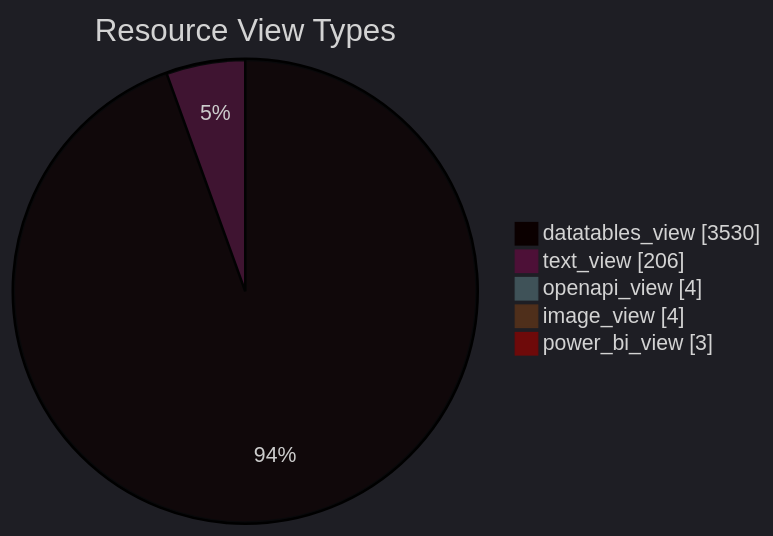
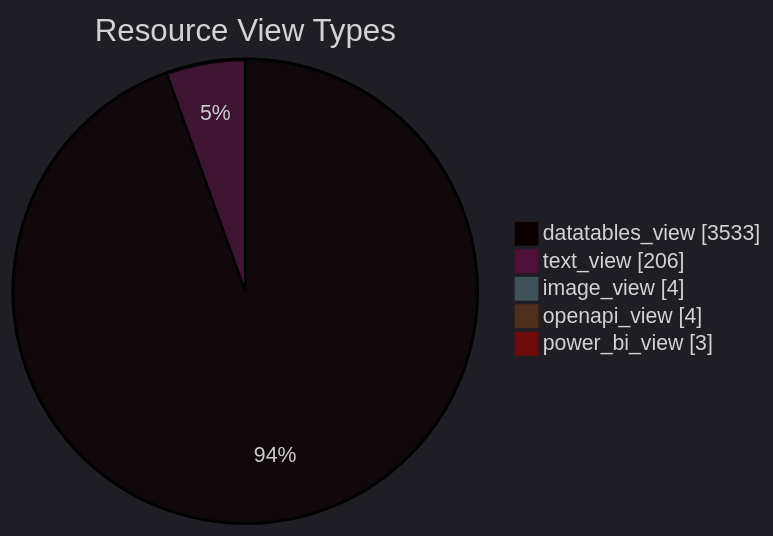
The diagram in datastore_tracker/resource_view_types_pie_chart.md (open-data/analytics-corporate-reporting), drawn with Mermaid before and after one commit. The commit also changed 9 other files, not shown here.

````diff
--- a/datastore_tracker/resource_view_types_pie_chart.md
+++ b/datastore_tracker/resource_view_types_pie_chart.md
@@ -2,12 +2,12 @@
 ```mermaid
 ---
 config:
   theme: dark
 ---
 pie showData title Resource View Types
-    "datatables_view": 3530
+    "datatables_view": 3533
     "text_view": 206
+    "image_view": 4
     "openapi_view": 4
-    "image_view": 4
     "power_bi_view": 3
 ```
````
